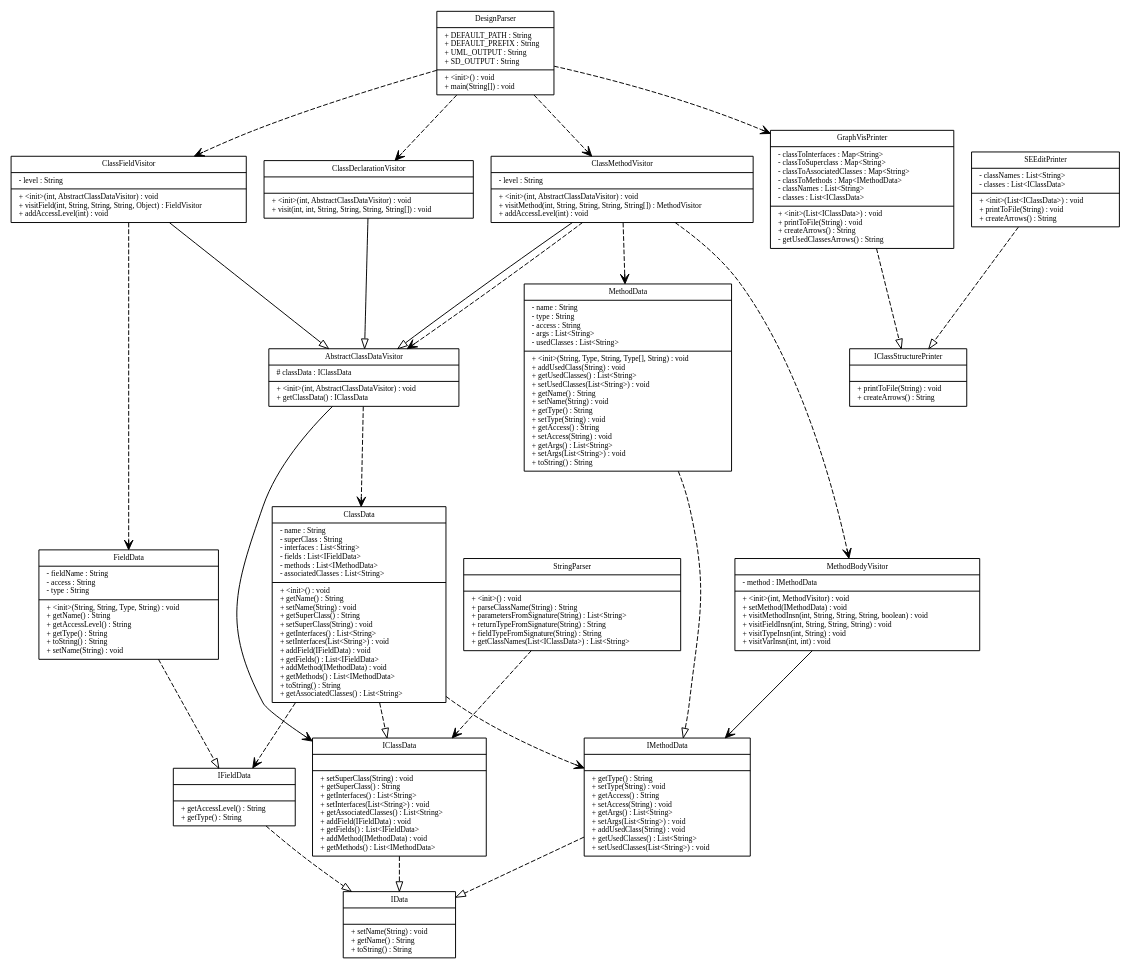
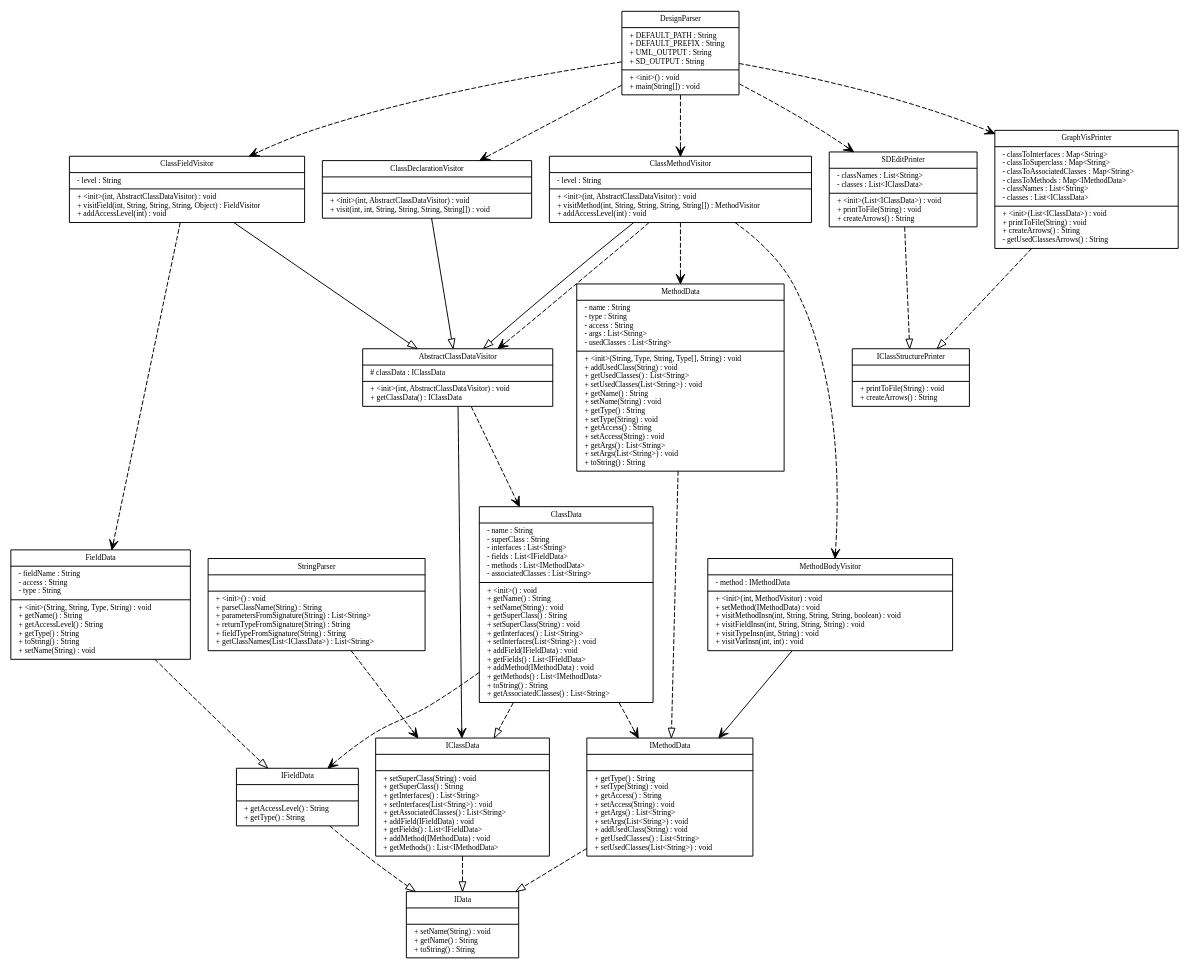
Before and after one commit to LoganErexson/CSSE374TeamProject: the diagram in input_output/Diagram.gv, drawn with Graphviz. The commit also changed 2 other files, not shown here.

Commit message:
Added MethodCallData

```diff
--- a/input_output/Diagram.gv
+++ b/input_output/Diagram.gv
@@ -1,104 +1,105 @@
 digraph G {
 fontname = " Bitstream Vera San"
 fontsize =8
 node [
 fontname = "Bitstream Vera Sans"
 fontsize =8
 shape = "record"]
 edge [
 fontname = "Bitstream Vera Sans"
 fontsize =8
 ]
 AbstractClassDataVisitor [
 label = "{AbstractClassDataVisitor|# classData : IClassData\l|+ \<init\>(int, AbstractClassDataVisitor) : void\l+ getClassData() : IClassData\l}"
 ]
 ClassData [
 label = "{ClassData|- name : String\l- superClass : String\l- interfaces : List\<String\>\l- fields : List\<IFieldData\>\l- methods : List\<IMethodData\>\l- associatedClasses : List\<String\>\l|+ \<init\>() : void\l+ getName() : String\l+ setName(String) : void\l+ getSuperClass() : String\l+ setSuperClass(String) : void\l+ getInterfaces() : List\<String\>\l+ setInterfaces(List\<String\>) : void\l+ addField(IFieldData) : void\l+ getFields() : List\<IFieldData\>\l+ addMethod(IMethodData) : void\l+ getMethods() : List\<IMethodData\>\l+ toString() : String\l+ getAssociatedClasses() : List\<String\>\l}"
 ]
 ClassDeclarationVisitor [
 label = "{ClassDeclarationVisitor||+ \<init\>(int, AbstractClassDataVisitor) : void\l+ visit(int, int, String, String, String, String[]) : void\l}"
 ]
 ClassFieldVisitor [
 label = "{ClassFieldVisitor|- level : String\l|+ \<init\>(int, AbstractClassDataVisitor) : void\l+ visitField(int, String, String, String, Object) : FieldVisitor\l+ addAccessLevel(int) : void\l}"
 ]
 ClassMethodVisitor [
 label = "{ClassMethodVisitor|- level : String\l|+ \<init\>(int, AbstractClassDataVisitor) : void\l+ visitMethod(int, String, String, String, String[]) : MethodVisitor\l+ addAccessLevel(int) : void\l}"
 ]
 DesignParser [
 label = "{DesignParser|+ DEFAULT_PATH : String\l+ DEFAULT_PREFIX : String\l+ UML_OUTPUT : String\l+ SD_OUTPUT : String\l|+ \<init\>() : void\l+ main(String[]) : void\l}"
 ]
 FieldData [
 label = "{FieldData|- fieldName : String\l- access : String\l- type : String\l|+ \<init\>(String, String, Type, String) : void\l+ getName() : String\l+ getAccessLevel() : String\l+ getType() : String\l+ toString() : String\l+ setName(String) : void\l}"
 ]
 GraphVisPrinter [
 label = "{GraphVisPrinter|- classToInterfaces : Map\<String\>\l- classToSuperclass : Map\<String\>\l- classToAssociatedClasses : Map\<String\>\l- classToMethods : Map\<IMethodData\>\l- classNames : List\<String\>\l- classes : List\<IClassData\>\l|+ \<init\>(List\<IClassData\>) : void\l+ printToFile(String) : void\l+ createArrows() : String\l- getUsedClassesArrows() : String\l}"
 ]
 IClassData [
 label = "{IClassData||+ setSuperClass(String) : void\l+ getSuperClass() : String\l+ getInterfaces() : List\<String\>\l+ setInterfaces(List\<String\>) : void\l+ getAssociatedClasses() : List\<String\>\l+ addField(IFieldData) : void\l+ getFields() : List\<IFieldData\>\l+ addMethod(IMethodData) : void\l+ getMethods() : List\<IMethodData\>\l}"
 ]
 IClassStructurePrinter [
 label = "{IClassStructurePrinter||+ printToFile(String) : void\l+ createArrows() : String\l}"
 ]
 IData [
 label = "{IData||+ setName(String) : void\l+ getName() : String\l+ toString() : String\l}"
 ]
 IFieldData [
 label = "{IFieldData||+ getAccessLevel() : String\l+ getType() : String\l}"
 ]
 IMethodData [
 label = "{IMethodData||+ getType() : String\l+ setType(String) : void\l+ getAccess() : String\l+ setAccess(String) : void\l+ getArgs() : List\<String\>\l+ setArgs(List\<String\>) : void\l+ addUsedClass(String) : void\l+ getUsedClasses() : List\<String\>\l+ setUsedClasses(List\<String\>) : void\l}"
 ]
 MethodBodyVisitor [
 label = "{MethodBodyVisitor|- method : IMethodData\l|+ \<init\>(int, MethodVisitor) : void\l+ setMethod(IMethodData) : void\l+ visitMethodInsn(int, String, String, String, boolean) : void\l+ visitFieldInsn(int, String, String, String) : void\l+ visitTypeInsn(int, String) : void\l+ visitVarInsn(int, int) : void\l}"
 ]
 MethodData [
 label = "{MethodData|- name : String\l- type : String\l- access : String\l- args : List\<String\>\l- usedClasses : List\<String\>\l|+ \<init\>(String, Type, String, Type[], String) : void\l+ addUsedClass(String) : void\l+ getUsedClasses() : List\<String\>\l+ setUsedClasses(List\<String\>) : void\l+ getName() : String\l+ setName(String) : void\l+ getType() : String\l+ setType(String) : void\l+ getAccess() : String\l+ setAccess(String) : void\l+ getArgs() : List\<String\>\l+ setArgs(List\<String\>) : void\l+ toString() : String\l}"
 ]
-SEEditPrinter [
-label = "{SEEditPrinter|- classNames : List\<String\>\l- classes : List\<IClassData\>\l|+ \<init\>(List\<IClassData\>) : void\l+ printToFile(String) : void\l+ createArrows() : String\l}"
+SDEditPrinter [
+label = "{SDEditPrinter|- classNames : List\<String\>\l- classes : List\<IClassData\>\l|+ \<init\>(List\<IClassData\>) : void\l+ printToFile(String) : void\l+ createArrows() : String\l}"
 ]
 StringParser [
 label = "{StringParser||+ \<init\>() : void\l+ parseClassName(String) : String\l+ parametersFromSignature(String) : List\<String\>\l+ returnTypeFromSignature(String) : String\l+ fieldTypeFromSignature(String) : String\l+ getClassNames(List\<IClassData\>) : List\<String\>\l}"
 ]
 edge [ 
 arrowhead = "empty"
 style = "solid"
 ]
 ClassMethodVisitor -> AbstractClassDataVisitor
 ClassDeclarationVisitor -> AbstractClassDataVisitor
 ClassFieldVisitor -> AbstractClassDataVisitor
 edge [ 
 arrowhead = "empty"
 style = "dashed"
 ]
 FieldData -> IFieldData
+SDEditPrinter -> IClassStructurePrinter
 ClassData -> IClassData
 GraphVisPrinter -> IClassStructurePrinter
 MethodData -> IMethodData
 IMethodData -> IData
 IClassData -> IData
 IFieldData -> IData
-SEEditPrinter -> IClassStructurePrinter
 edge [ 
 arrowhead = "vee"
 style = "solid"
 ]
 AbstractClassDataVisitor -> IClassData
 MethodBodyVisitor -> IMethodData
 edge [ 
 arrowhead = "vee"
 style = "dashed"
 ]
 StringParser -> IClassData
 AbstractClassDataVisitor -> ClassData
 ClassMethodVisitor -> AbstractClassDataVisitor
 ClassMethodVisitor -> MethodBodyVisitor
 ClassMethodVisitor -> MethodData
 DesignParser -> ClassDeclarationVisitor
 DesignParser -> ClassFieldVisitor
 DesignParser -> ClassMethodVisitor
 DesignParser -> GraphVisPrinter
+DesignParser -> SDEditPrinter
 ClassData -> IFieldData
 ClassData -> IMethodData
 ClassFieldVisitor -> FieldData
 }
```
